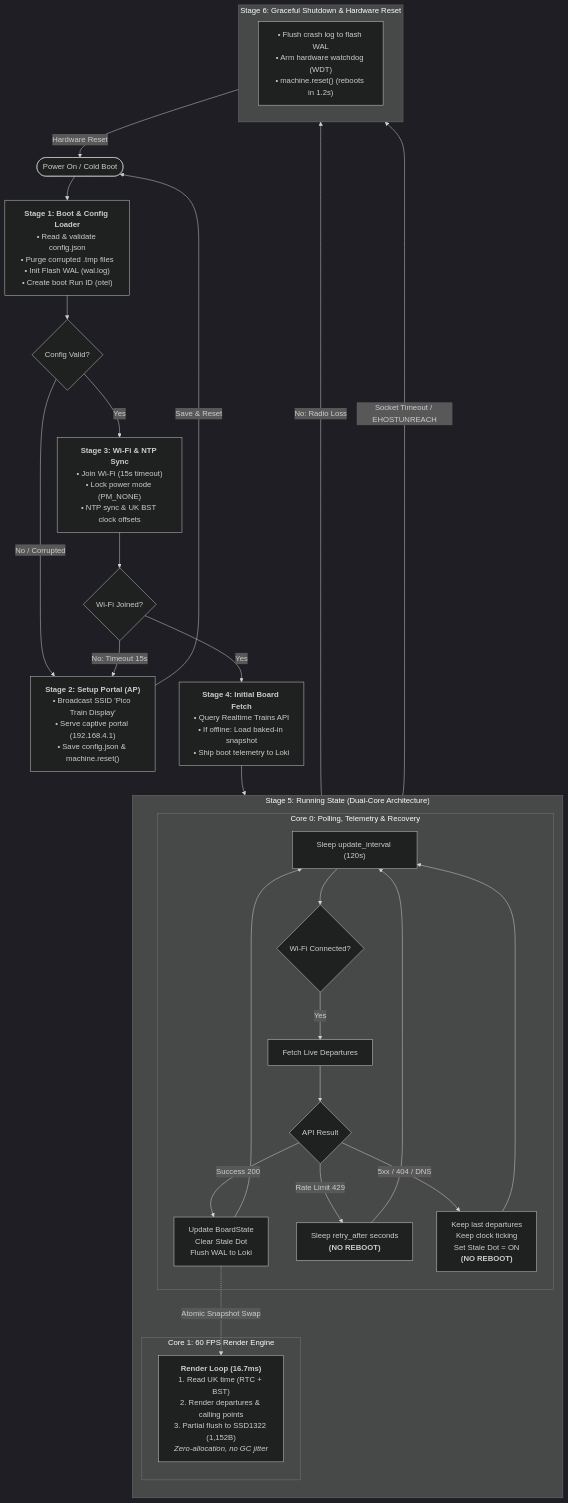
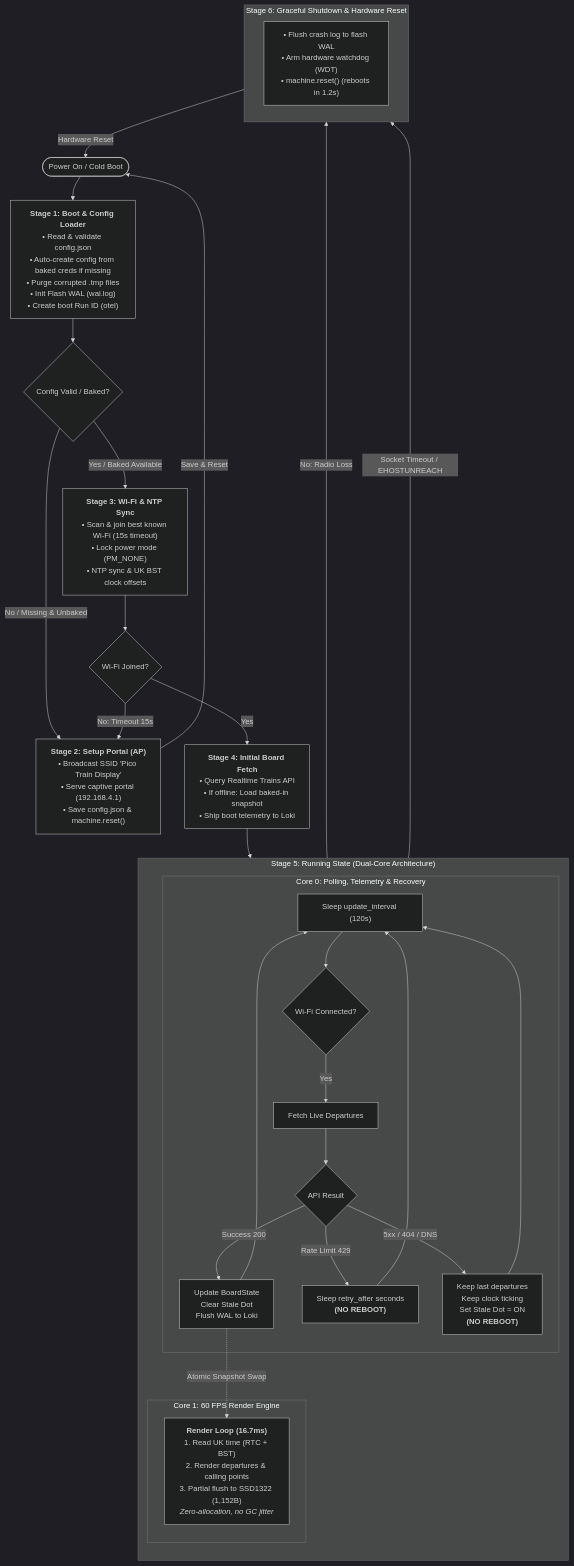
The diagram in docs/execution-stages.md (ben-to-go/pico_train_display), drawn with Mermaid (dark theme) before and after one commit. The commit also changed other lines of this file and 1 other file, not shown here.

Commit message:
Auto-generate initial config.json from baked credentials on first boot and update lifecycle docs

````diff
--- a/docs/execution-stages.md
+++ b/docs/execution-stages.md
@@ -11,52 +11,53 @@
 ```mermaid
 flowchart TD
-    Boot([Power On / Cold Boot]) --> S1["<b>Stage 1: Boot & Config Loader</b><br/>• Read & validate config.json<br/>• Purge corrupted .tmp files<br/>• Init Flash WAL (wal.log)<br/>• Create boot Run ID (otel)"]
+    Boot([Power On / Cold Boot]) --> S1["<b>Stage 1: Boot & Config Loader</b><br/>• Read & validate config.json<br/>• Auto-create config from baked creds if missing<br/>• Purge corrupted .tmp files<br/>• Init Flash WAL (wal.log)<br/>• Create boot Run ID (otel)"]
 
-    S1 --> DecisionConfig{Config Valid?}
+    S1 --> DecisionConfig{Config Valid / Baked?}
     
-    DecisionConfig -->|No / Corrupted| S2["<b>Stage 2: Setup Portal (AP)</b><br/>• Broadcast SSID 'Pico Train Display'<br/>• Serve captive portal (192.168.4.1)<br/>• Save config.json & machine.reset()"]
+    DecisionConfig -->|No / Missing & Unbaked| S2["<b>Stage 2: Setup Portal (AP)</b><br/>• Broadcast SSID 'Pico Train Display'<br/>• Serve captive portal (192.168.4.1)<br/>• Save config.json & machine.reset()"]
     S2 -->|Save & Reset| Boot
 
-    DecisionConfig -->|Yes| S3["<b>Stage 3: Wi-Fi & NTP Sync</b><br/>• Join Wi-Fi (15s timeout)<br/>• Lock power mode (PM_NONE)<br/>• NTP sync & UK BST clock offsets"]
+    DecisionConfig -->|Yes / Baked Available| S3["<b>Stage 3: Wi-Fi & NTP Sync</b><br/>• Scan & join best known Wi-Fi (15s timeout)<br/>• Lock power mode (PM_NONE)<br/>• NTP sync & UK BST clock offsets"]
 
     S3 --> DecisionWifi{Wi-Fi Joined?}
     DecisionWifi -->|No: Timeout 15s| S2
     DecisionWifi -->|Yes| S4["<b>Stage 4: Initial Board Fetch</b><br/>• Query Realtime Trains API<br/>• If offline: Load baked-in snapshot<br/>• Ship boot telemetry to Loki"]
+
 
     S4 --> Stage5
 
     subgraph Stage5 ["Stage 5: Running State (Dual-Core Architecture)"]
         direction TB
         
         subgraph Core1 ["Core 1: 60 FPS Render Engine"]
             RenderLoop["<b>Render Loop (16.7ms)</b><br/>1. Read UK time (RTC + BST)<br/>2. Render departures & calling points<br/>3. Partial flush to SSD1322 (1,152B)<br/><i>Zero-allocation, no GC jitter</i>"]
         end
 
         subgraph Core0 ["Core 0: Polling, Telemetry & Recovery"]
             PollWait["Sleep update_interval (120s)"] --> CheckLink{Wi-Fi Connected?}
             
             CheckLink -->|Yes| FetchAPI["Fetch Live Departures"]
             
             FetchAPI --> DecisionAPI{API Result}
             DecisionAPI -->|Success 200| UpdateBoard["Update BoardState<br/>Clear Stale Dot<br/>Flush WAL to Loki"]
             UpdateBoard --> PollWait
 
             DecisionAPI -->|Rate Limit 429| Backoff["Sleep retry_after seconds<br/><b>(NO REBOOT)</b>"]
             Backoff --> PollWait
 
             DecisionAPI -->|5xx / 404 / DNS| StaleHold["Keep last departures<br/>Keep clock ticking<br/>Set Stale Dot = ON<br/><b>(NO REBOOT)</b>"]
             StaleHold --> PollWait
         end
 
         UpdateBoard -.->|Atomic Snapshot Swap| RenderLoop
     end
 
     CheckLink -->|No: Radio Loss| S6
     DecisionAPI -->|Socket Timeout / EHOSTUNREACH| S6
 
     subgraph S6 ["Stage 6: Graceful Shutdown & Hardware Reset"]
         Shutdown["• Flush crash log to flash WAL<br/>• Arm hardware watchdog (WDT)<br/>• machine.reset() (reboots in 1.2s)"]
     end
 
     S6 -->|Hardware Reset| Boot
 ```
````
